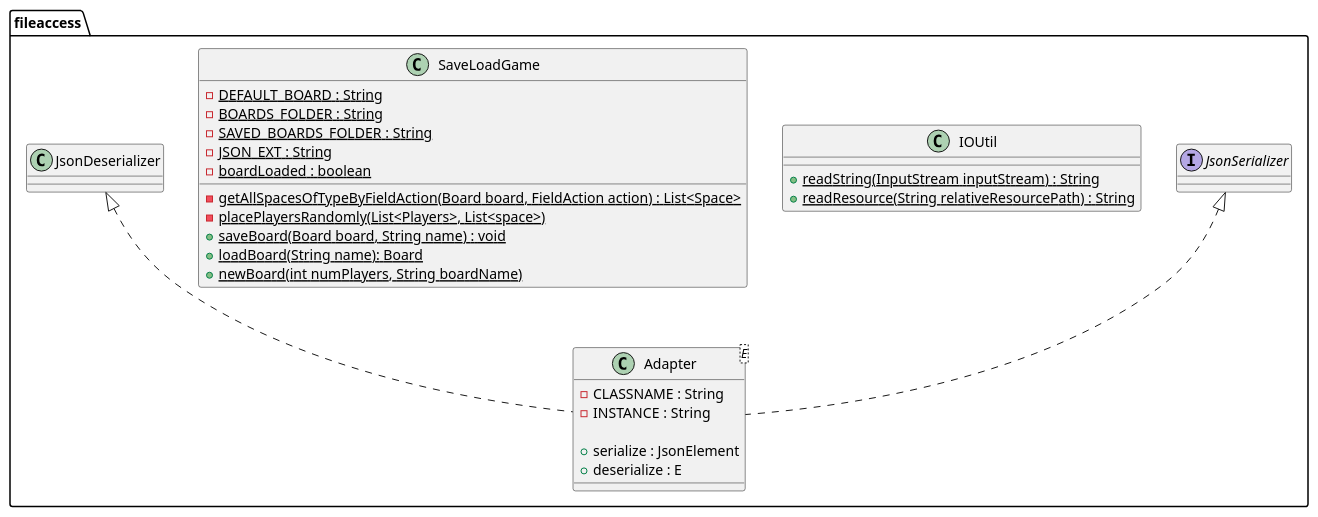
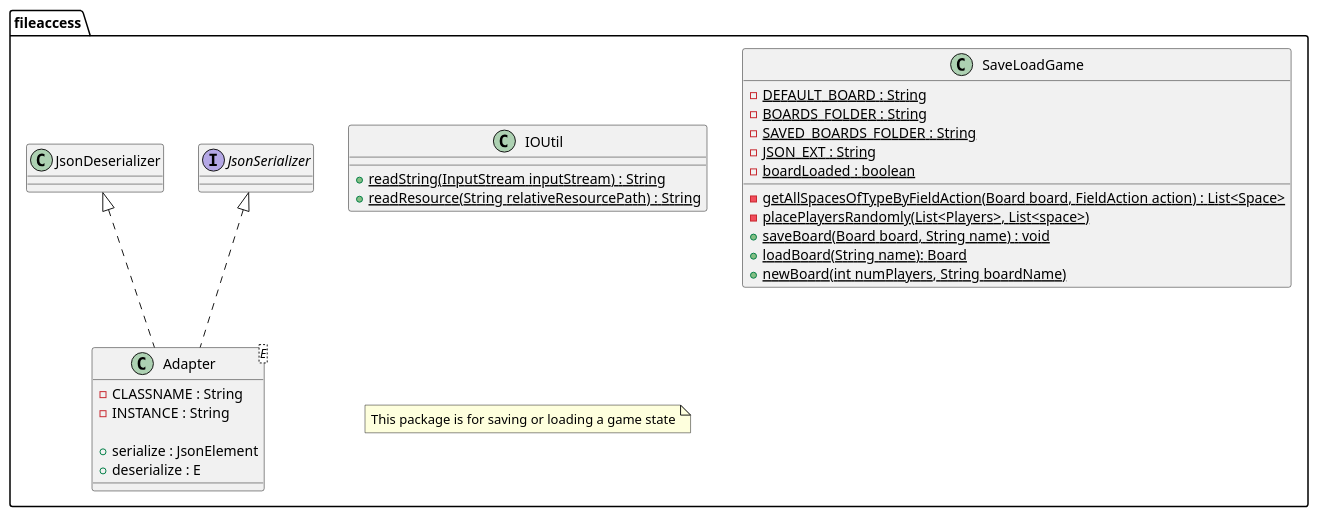
The diagram in diagrams/DesignClassDiagramPackageFileaccess.puml (MikaelFangel/RoboRally), drawn with PlantUML before and after one commit. The commit also changed 3 other files, not shown here.

Commit message:
Updated some design class diagrams, and added some notes to explain briefly what the package does.

```diff
--- a/diagrams/DesignClassDiagramPackageFileaccess.puml
+++ b/diagrams/DesignClassDiagramPackageFileaccess.puml
@@ -1,29 +1,32 @@
 @startuml
 package fileaccess{
   class Adapter<E> implements JsonSerializer{
      -CLASSNAME : String
      -INSTANCE : String
 
      +serialize : JsonElement
      +deserialize : E
   }
   class IOUtil{
      {Static} +readString(InputStream inputStream) : String
      {Static} +readResource(String relativeResourcePath) : String
   }
   class SaveLoadGame{
      {Static} -DEFAULT_BOARD : String
      {Static} -BOARDS_FOLDER : String
      {Static} -SAVED_BOARDS_FOLDER : String
      {Static} -JSON_EXT : String
      {Static} -boardLoaded : boolean
 
      {static} -getAllSpacesOfTypeByFieldAction(Board board, FieldAction action) : List<Space>
      {Static} -placePlayersRandomly(List<Players>, List<space>)
      {Static} +saveBoard(Board board, String name) : void
      {Static} +loadBoard(String name): Board
      {Static} +newBoard(int numPlayers, String boardName)
 }
 JsonDeserializer <|.. Adapter
 
+note "This package is for saving or loading a game state" as note1
+
+
 @enduml
```
